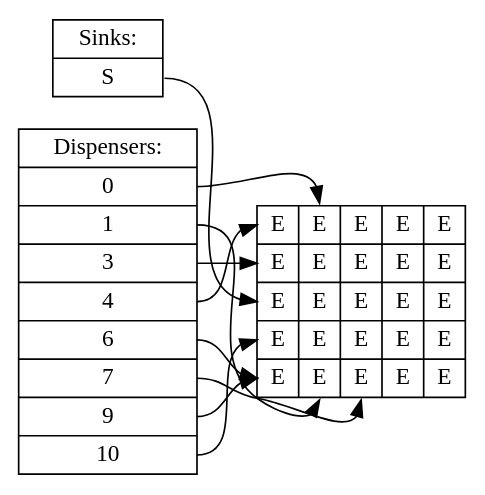
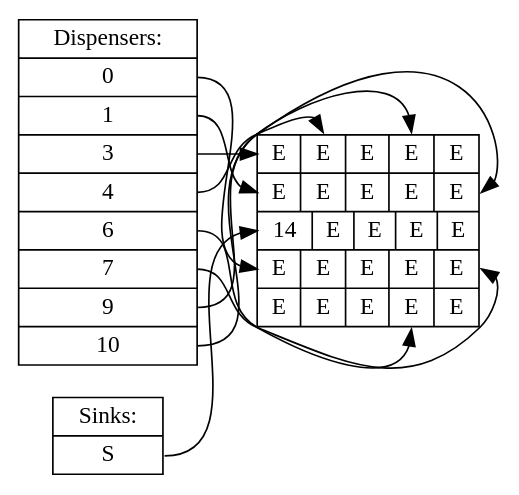
The diagram in solutions/PCR/time15.dot (jiegec/OnePassSynthesisDMFB), drawn with Graphviz before and after one commit. The commit also changed 31 other files, not shown here.

```diff
--- a/solutions/PCR/time15.dot
+++ b/solutions/PCR/time15.dot
@@ -1,14 +1,14 @@
 digraph step {rankdir=LR;node [shape=record,fontname="Inconsolata"];
-dispenser [label="Dispensers:|<d1>0|<d13>1|<d18>3|<d0>4|<d14>6|<d12>7|<d15>9|<d16>10"];
+dispenser [label="Dispensers:|<d16>0|<d18>1|<d0>3|<d1>4|<d11>6|<d8>7|<d6>9|<d3>10"];
 sink [label="Sinks:|<s17>S"];
-board [label="{<f00>E|<f01>E|<f02>E|<f03>E|<f04>E}|{<f10>E|<f11>E|<f12>E|<f13>E|<f14>E}|{<f20>E|<f21>E|<f22>E|<f23>E|<f24>E}|{<f30>E|<f31>E|<f32>E|<f33>E|<f34>E}|{<f40>E|<f41>E|<f42>E|<f43>E|<f44>E}"];
-dispenser:d1 -> board:f01
-dispenser:d13 -> board:f41
+board [label="{<f00>E|<f01>E|<f02>E|<f03>E|<f04>E}|{<f10>E|<f11>E|<f12>E|<f13>E|<f14>E}|{<f20>14|<f21>E|<f22>E|<f23>E|<f24>E}|{<f30>E|<f31>E|<f32>E|<f33>E|<f34>E}|{<f40>E|<f41>E|<f42>E|<f43>E|<f44>E}"];
+dispenser:d16 -> board:f30
 dispenser:d18 -> board:f10
 dispenser:d0 -> board:f00
-dispenser:d14 -> board:f40
-dispenser:d12 -> board:f42
-dispenser:d15 -> board:f40
-dispenser:d16 -> board:f30
+dispenser:d1 -> board:f01
+dispenser:d11 -> board:f43
+dispenser:d8 -> board:f34
+dispenser:d6 -> board:f14
+dispenser:d3 -> board:f03
 sink:s17 -> board:f20
 }
```
